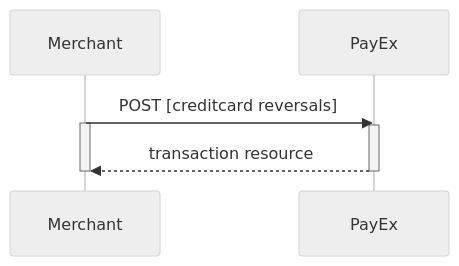
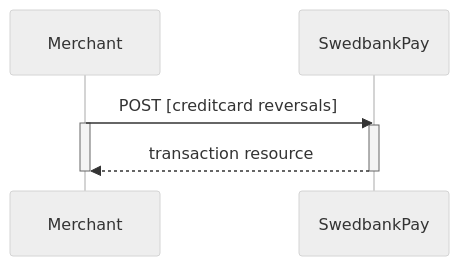
The third of 10 diagrams in payments/credit-card/after-payment.md (SwedbankPay/developer.swedbankpay.com), drawn with Mermaid (neutral theme) before and after one commit. The commit also changed other lines of this file and 3 other files, not shown here.

````diff
--- a/payments/credit-card/after-payment.md
+++ b/payments/credit-card/after-payment.md
@@ -542,9 +542,9 @@
 ```mermaid
 sequenceDiagram
-  Merchant->>PayEx: POST [creditcard reversals]
+  Merchant->>SwedbankPay: POST [creditcard reversals]
   Activate Merchant
-  Activate PayEx
-  PayEx-->>Merchant: transaction resource
-  Deactivate PayEx
+  Activate SwedbankPay
+  SwedbankPay-->>Merchant: transaction resource
+  Deactivate SwedbankPay
   Deactivate Merchant
 ```
````
